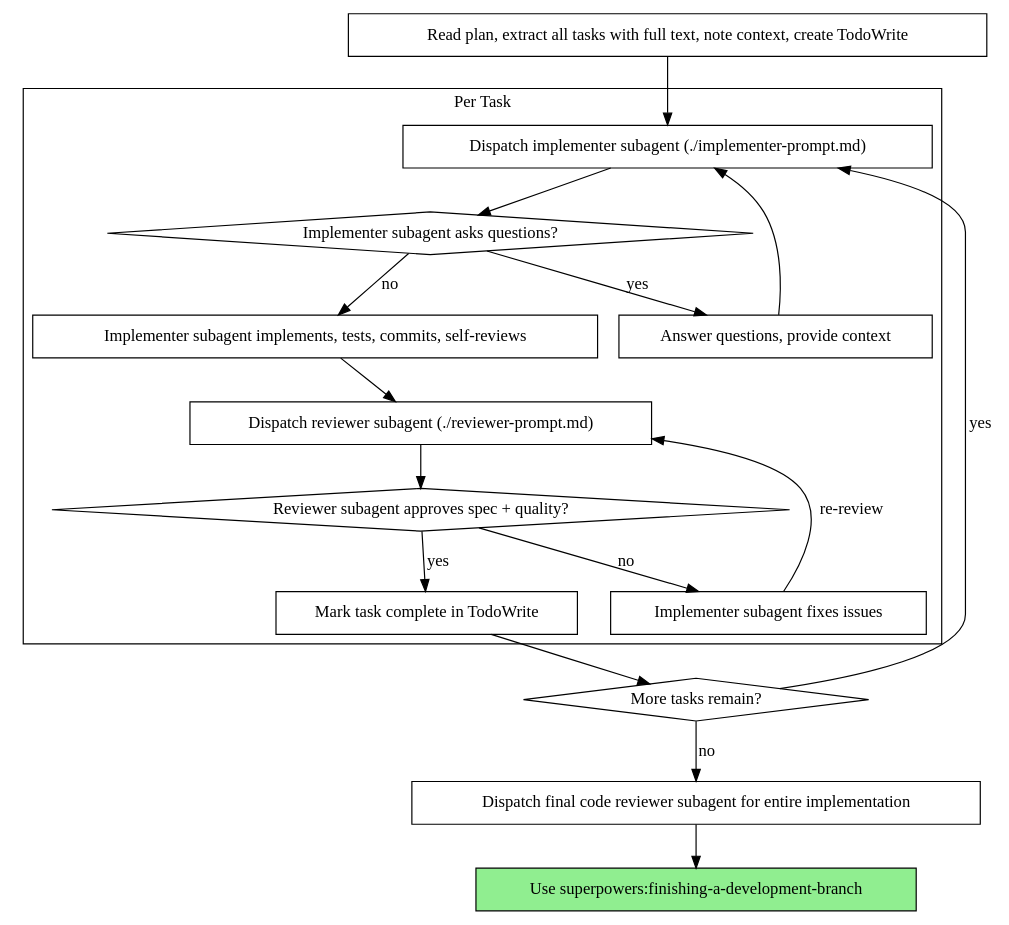
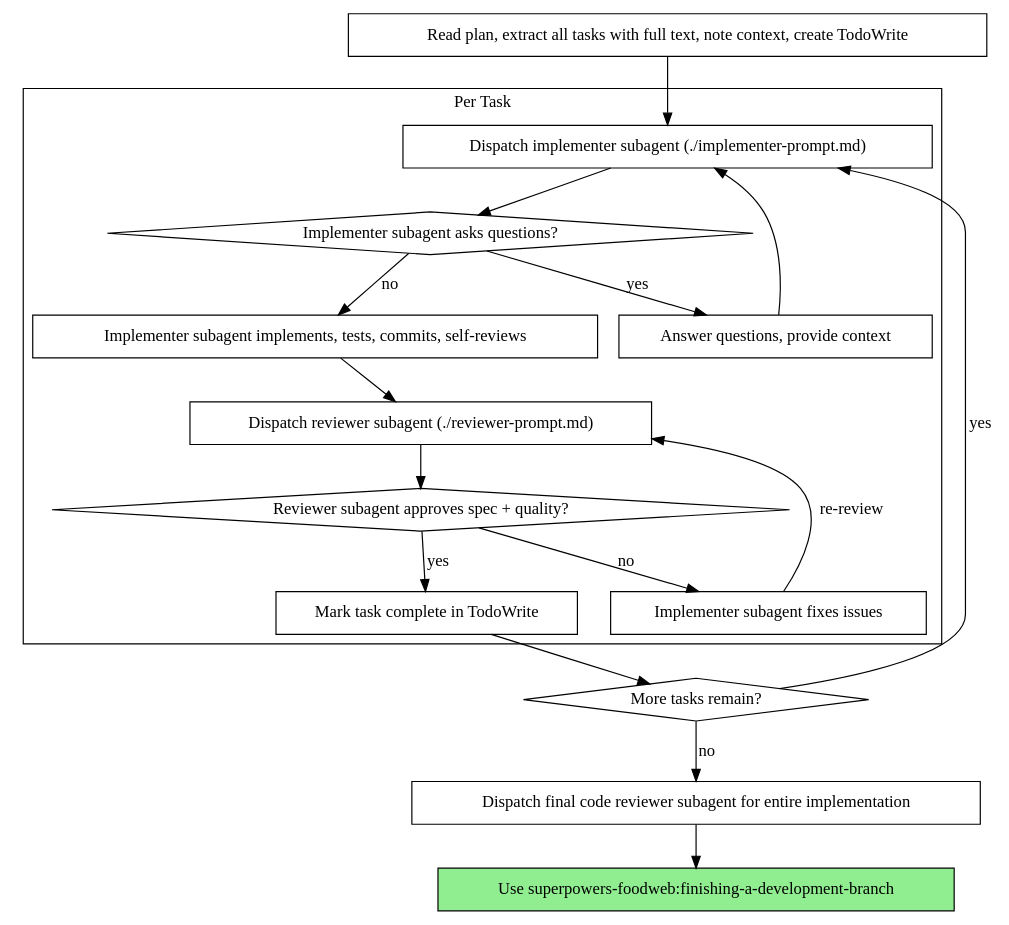
Before and after one commit to FoodWeb-ROA/FoodWeb_AI_Plugins: the second of 2 diagrams in superpowers-foodweb/skills/subagent-driven-development/SKILL.md, drawn with Graphviz. The commit also changed other lines of this file and 7 other files, not shown here.

First line of the commit message:
Refactor skill references to use 'superpowers-foodweb' namespace

````diff
--- a/superpowers-foodweb/skills/subagent-driven-development/SKILL.md
+++ b/superpowers-foodweb/skills/subagent-driven-development/SKILL.md
@@ -105,37 +105,37 @@
 ```dot
 digraph process {
     rankdir=TB;
 
     subgraph cluster_per_task {
         label="Per Task";
         "Dispatch implementer subagent (./implementer-prompt.md)" [shape=box];
         "Implementer subagent asks questions?" [shape=diamond];
         "Answer questions, provide context" [shape=box];
         "Implementer subagent implements, tests, commits, self-reviews" [shape=box];
         "Dispatch reviewer subagent (./reviewer-prompt.md)" [shape=box];
         "Reviewer subagent approves spec + quality?" [shape=diamond];
         "Implementer subagent fixes issues" [shape=box];
         "Mark task complete in TodoWrite" [shape=box];
     }
 
     "Read plan, extract all tasks with full text, note context, create TodoWrite" [shape=box];
     "More tasks remain?" [shape=diamond];
     "Dispatch final code reviewer subagent for entire implementation" [shape=box];
-    "Use superpowers:finishing-a-development-branch" [shape=box style=filled fillcolor=lightgreen];
+    "Use superpowers-foodweb:finishing-a-development-branch" [shape=box style=filled fillcolor=lightgreen];
 
     "Read plan, extract all tasks with full text, note context, create TodoWrite" -> "Dispatch implementer subagent (./implementer-prompt.md)";
     "Dispatch implementer subagent (./implementer-prompt.md)" -> "Implementer subagent asks questions?";
     "Implementer subagent asks questions?" -> "Answer questions, provide context" [label="yes"];
     "Answer questions, provide context" -> "Dispatch implementer subagent (./implementer-prompt.md)";
     "Implementer subagent asks questions?" -> "Implementer subagent implements, tests, commits, self-reviews" [label="no"];
     "Implementer subagent implements, tests, commits, self-reviews" -> "Dispatch reviewer subagent (./reviewer-prompt.md)";
     "Dispatch reviewer subagent (./reviewer-prompt.md)" -> "Reviewer subagent approves spec + quality?";
     "Reviewer subagent approves spec + quality?" -> "Implementer subagent fixes issues" [label="no"];
     "Implementer subagent fixes issues" -> "Dispatch reviewer subagent (./reviewer-prompt.md)" [label="re-review"];
     "Reviewer subagent approves spec + quality?" -> "Mark task complete in TodoWrite" [label="yes"];
     "Mark task complete in TodoWrite" -> "More tasks remain?";
     "More tasks remain?" -> "Dispatch implementer subagent (./implementer-prompt.md)" [label="yes"];
     "More tasks remain?" -> "Dispatch final code reviewer subagent for entire implementation" [label="no"];
-    "Dispatch final code reviewer subagent for entire implementation" -> "Use superpowers:finishing-a-development-branch";
+    "Dispatch final code reviewer subagent for entire implementation" -> "Use superpowers-foodweb:finishing-a-development-branch";
 }
 ```
````
